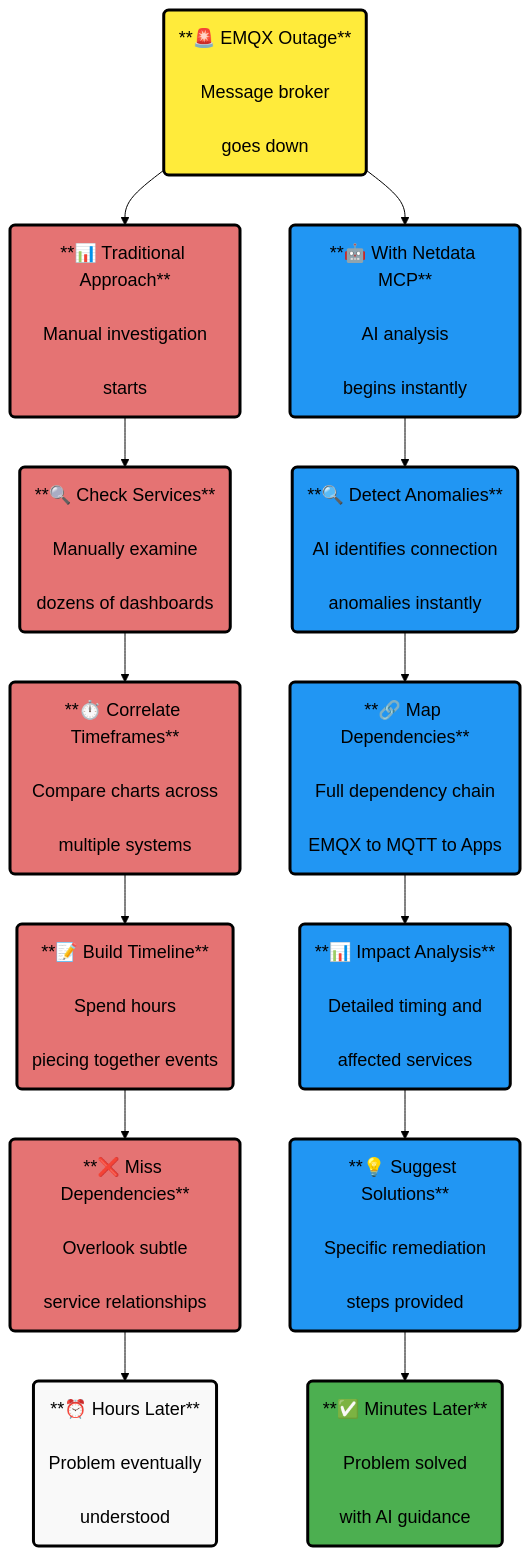
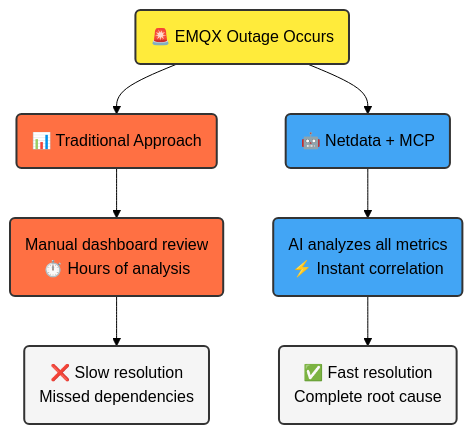
One commit to netdata/netdata changed the diagram in docs/learn/mcp.md. Above: the diagram before and after it, drawn with Mermaid (forest theme).

Commit message:
simplify diagram

````diff
--- a/docs/learn/mcp.md
+++ b/docs/learn/mcp.md
@@ -37,55 +37,31 @@
 ```mermaid
 flowchart TD
-    A("**🚨 EMQX Outage**<br/><br/>Message broker<br/><br/>goes down")
+    A("🚨 EMQX Outage Occurs")
     
-    B("**📊 Traditional Approach**<br/><br/>Manual investigation<br/><br/>starts")
+    B("📊 Traditional Approach")
+    C("🤖 Netdata + MCP")
     
-    C("**🤖 With Netdata MCP**<br/><br/>AI analysis<br/><br/>begins instantly")
+    D("Manual dashboard review<br/>⏱️ Hours of analysis")
+    E("AI analyzes all metrics<br/>⚡ Instant correlation")
     
-    D("**🔍 Check Services**<br/><br/>Manually examine<br/><br/>dozens of dashboards")
-    
-    E("**⏱️ Correlate Timeframes**<br/><br/>Compare charts across<br/><br/>multiple systems")
-    
-    F("**📝 Build Timeline**<br/><br/>Spend hours<br/><br/>piecing together events")
-    
-    G("**❌ Miss Dependencies**<br/><br/>Overlook subtle<br/><br/>service relationships")
-    
-    H("**🔍 Detect Anomalies**<br/><br/>AI identifies connection<br/><br/>anomalies instantly")
-    
-    I("**🔗 Map Dependencies**<br/><br/>Full dependency chain<br/><br/>EMQX to MQTT to Apps")
-    
-    J("**📊 Impact Analysis**<br/><br/>Detailed timing and<br/><br/>affected services")
-    
-    K("**💡 Suggest Solutions**<br/><br/>Specific remediation<br/><br/>steps provided")
-    
-    L("**⏰ Hours Later**<br/><br/>Problem eventually<br/><br/>understood")
-    
-    M("**✅ Minutes Later**<br/><br/>Problem solved<br/><br/>with AI guidance")
+    F("❌ Slow resolution<br/>Missed dependencies")
+    G("✅ Fast resolution<br/>Complete root cause")
     
     A --> B
     A --> C
     B --> D
-    D --> E
-    E --> F
-    F --> G
-    G --> L
-    C --> H
-    H --> I
-    I --> J
-    J --> K
-    K --> M
+    C --> E
+    D --> F
+    E --> G
     
-    %% Style definitions
-    classDef alert fill:#ffeb3b,stroke:#000000,stroke-width:3px,color:#000000,font-size:18px
-    classDef traditional fill:#E57373,stroke:#000000,stroke-width:3px,color:#000000,font-size:18px
-    classDef ai fill:#2196F3,stroke:#000000,stroke-width:3px,color:#000000,font-size:18px
-    classDef solution fill:#4caf50,stroke:#000000,stroke-width:3px,color:#000000,font-size:18px
-    classDef result fill:#f9f9f9,stroke:#000000,stroke-width:3px,color:#000000,font-size:18px
+    %% Styling
+    classDef problem fill:#ffeb3b,stroke:#333,stroke-width:2px
+    classDef traditional fill:#ff7043,stroke:#333,stroke-width:2px
+    classDef ai fill:#42a5f5,stroke:#333,stroke-width:2px
+    classDef outcome fill:#f5f5f5,stroke:#333,stroke-width:2px
     
-    %% Apply styles
-    class A alert
-    class B,D,E,F,G traditional
-    class C,H,I,J,K ai
-    class L result
-    class M solution
+    class A problem
+    class B,D traditional
+    class C,E ai
+    class F,G outcome
 ```
````
